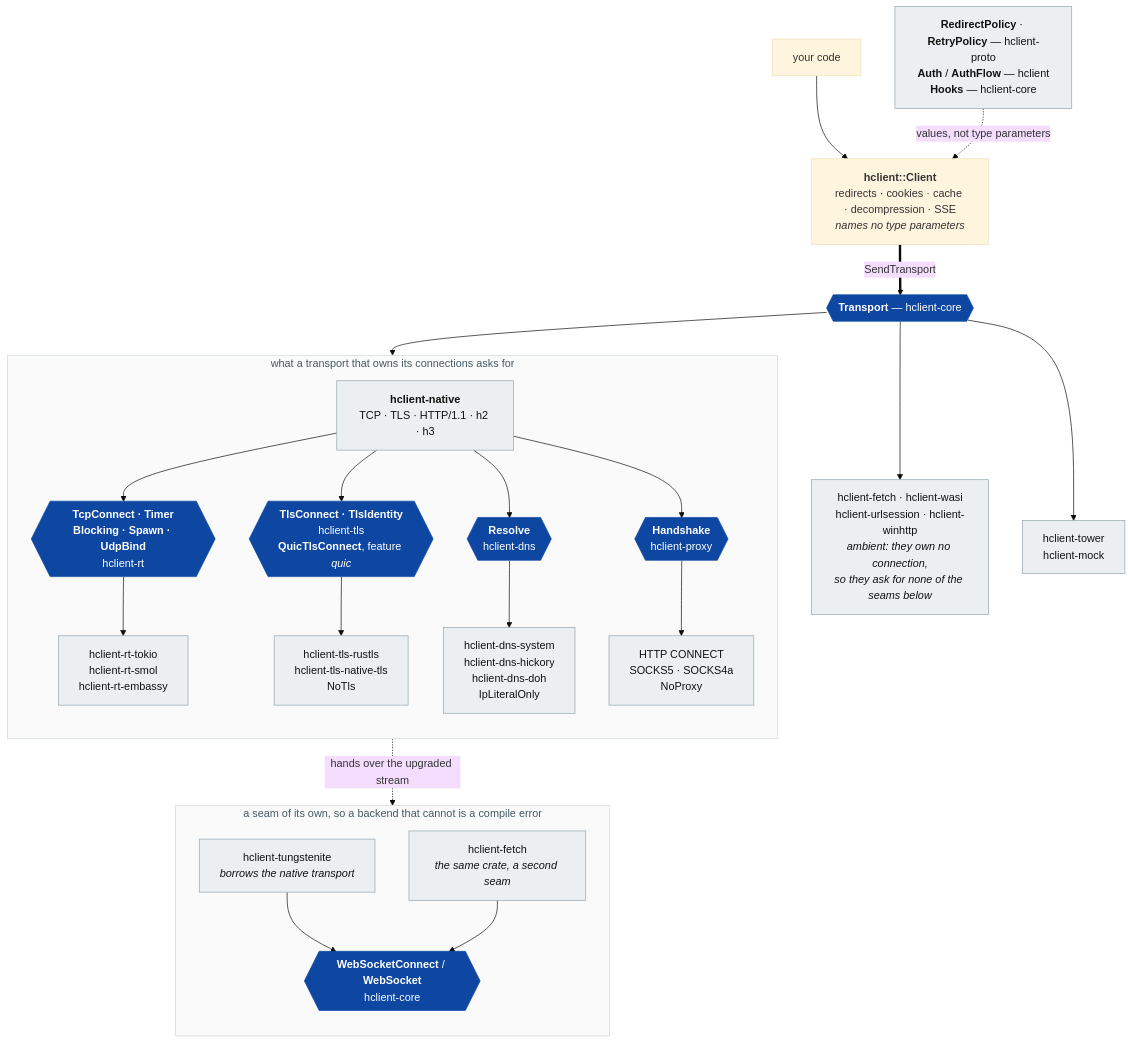
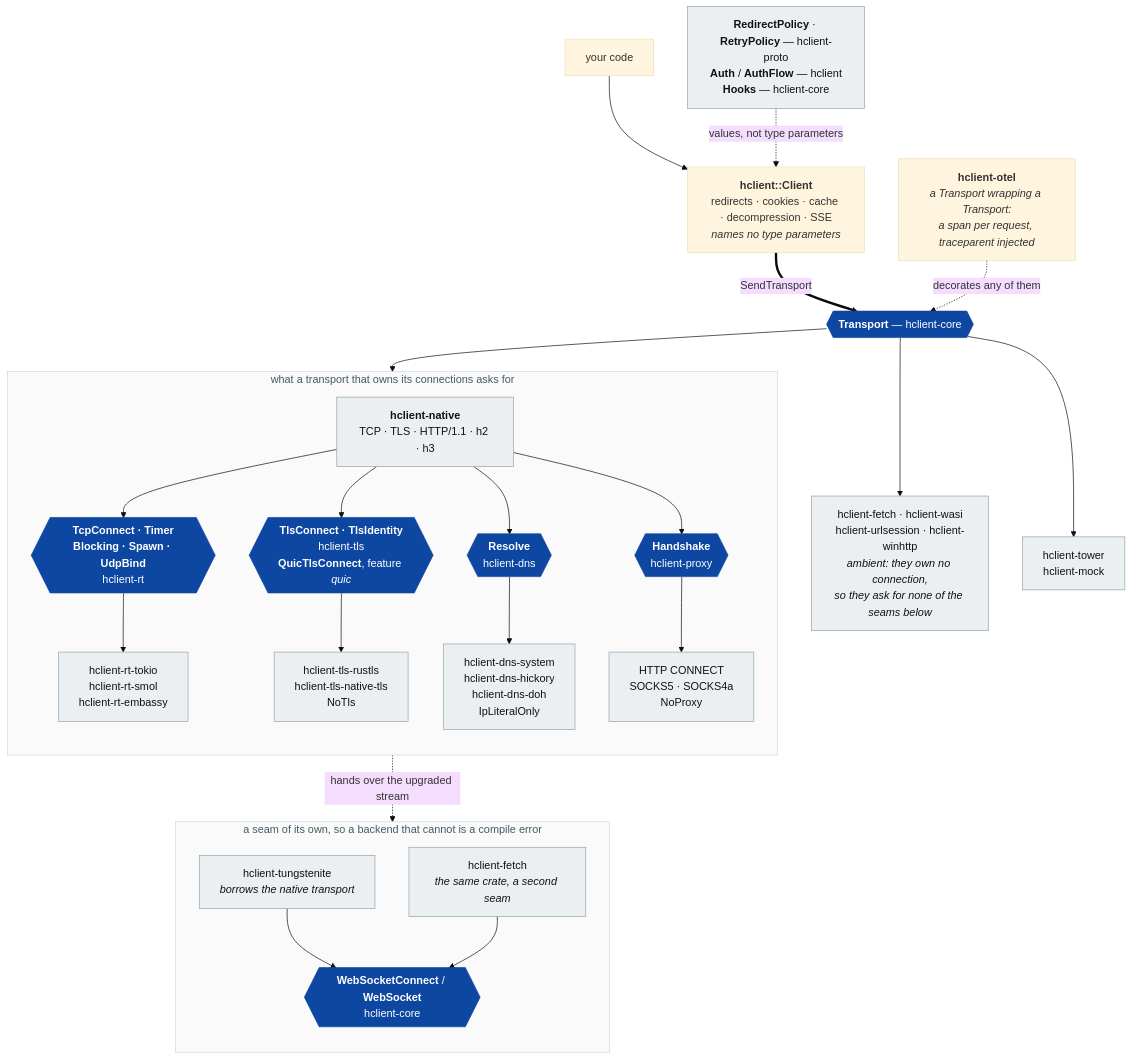
The diagram in README.md (GamePad64/hclient), drawn with Mermaid (base theme) before and after one commit. The commit also changed other lines of this file and 16 other files, not shown here.

````diff
--- a/README.md
+++ b/README.md
@@ -76,38 +76,39 @@
 ```mermaid
 flowchart TB
     you["your code"] --> C
     C["<b>hclient::Client</b><br/>redirects · cookies · cache · decompression · SSE<br/><i>names no type parameters</i>"]
     POL["<b>RedirectPolicy</b> · <b>RetryPolicy</b> — hclient-proto<br/><b>Auth</b> / <b>AuthFlow</b> — hclient<br/><b>Hooks</b> — hclient-core"] -. "values, not type parameters" .-> C
     C == "SendTransport" ==> TR{{"<b>Transport</b> — hclient-core"}}
 
     TR --> AMB["hclient-fetch · hclient-wasi<br/>hclient-urlsession · hclient-winhttp<br/><i>ambient: they own no connection,<br/>so they ask for none of the seams below</i>"]
     TR --> OTH["hclient-tower<br/>hclient-mock"]
+    OTEL["<b>hclient-otel</b><br/><i>a Transport wrapping a Transport:<br/>a span per request, traceparent injected</i>"] -. "decorates any of them" .-> TR
     TR --> NAT
     NAT -. "hands over the upgraded stream" .-> TUN
 
     subgraph OWN["what a transport that owns its connections asks for"]
         direction TB
         NAT["<b>hclient-native</b><br/>TCP · TLS · HTTP/1.1 · h2 · h3"]
         NAT --> RT{{"<b>TcpConnect · Timer</b><br/><b>Blocking · Spawn · UdpBind</b><br/>hclient-rt"}}
         NAT --> TLS{{"<b>TlsConnect · TlsIdentity</b><br/>hclient-tls<br/><b>QuicTlsConnect</b>, feature <i>quic</i>"}}
         NAT --> DNS{{"<b>Resolve</b><br/>hclient-dns"}}
         NAT --> PXY{{"<b>Handshake</b><br/>hclient-proxy"}}
         RT --> RTI["hclient-rt-tokio<br/>hclient-rt-smol<br/>hclient-rt-embassy"]
         TLS --> TLI["hclient-tls-rustls<br/>hclient-tls-native-tls<br/>NoTls"]
         DNS --> DNI["hclient-dns-system<br/>hclient-dns-hickory<br/>hclient-dns-doh<br/>IpLiteralOnly"]
         PXY --> PXI["HTTP CONNECT<br/>SOCKS5 · SOCKS4a<br/>NoProxy"]
     end
 
     subgraph SOCK["a seam of its own, so a backend that cannot is a compile error"]
         direction TB
         TUN["hclient-tungstenite<br/><i>borrows the native transport</i>"] --> WS{{"<b>WebSocketConnect</b> / <b>WebSocket</b><br/>hclient-core"}}
         FE2["hclient-fetch<br/><i>the same crate, a second seam</i>"] --> WS
     end
 
     classDef cluster fill:#fafafa,stroke:#cfd8dc,color:#455a64;
     class OWN,SOCK cluster;
     classDef seam fill:#0d47a1,stroke:#0d47a1,color:#fff;
     classDef box fill:#eceff1,stroke:#90a4ae,color:#111;
     class TR,RT,TLS,DNS,PXY,WS seam;
     class NAT,AMB,OTH,RTI,TLI,DNI,PXI,TUN,FE2,POL box;
 ```
````
